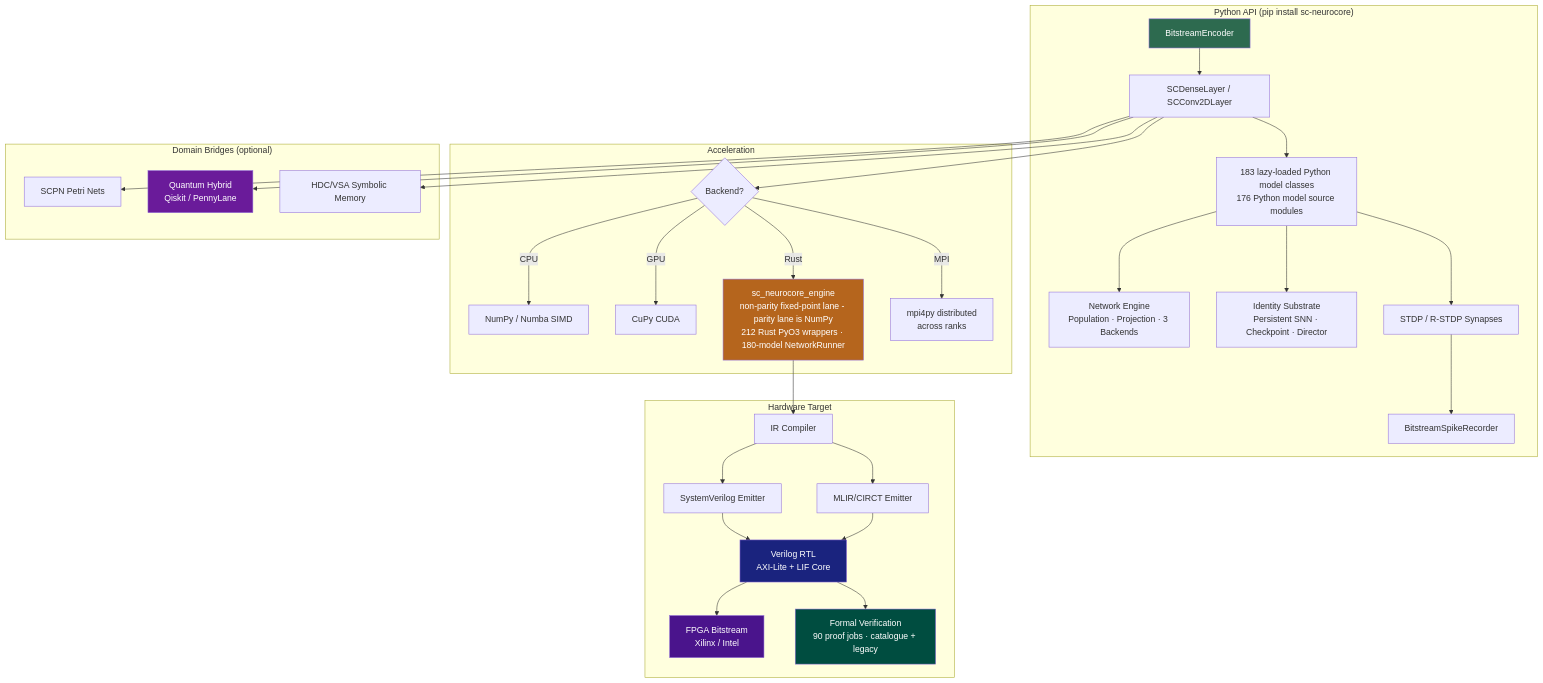
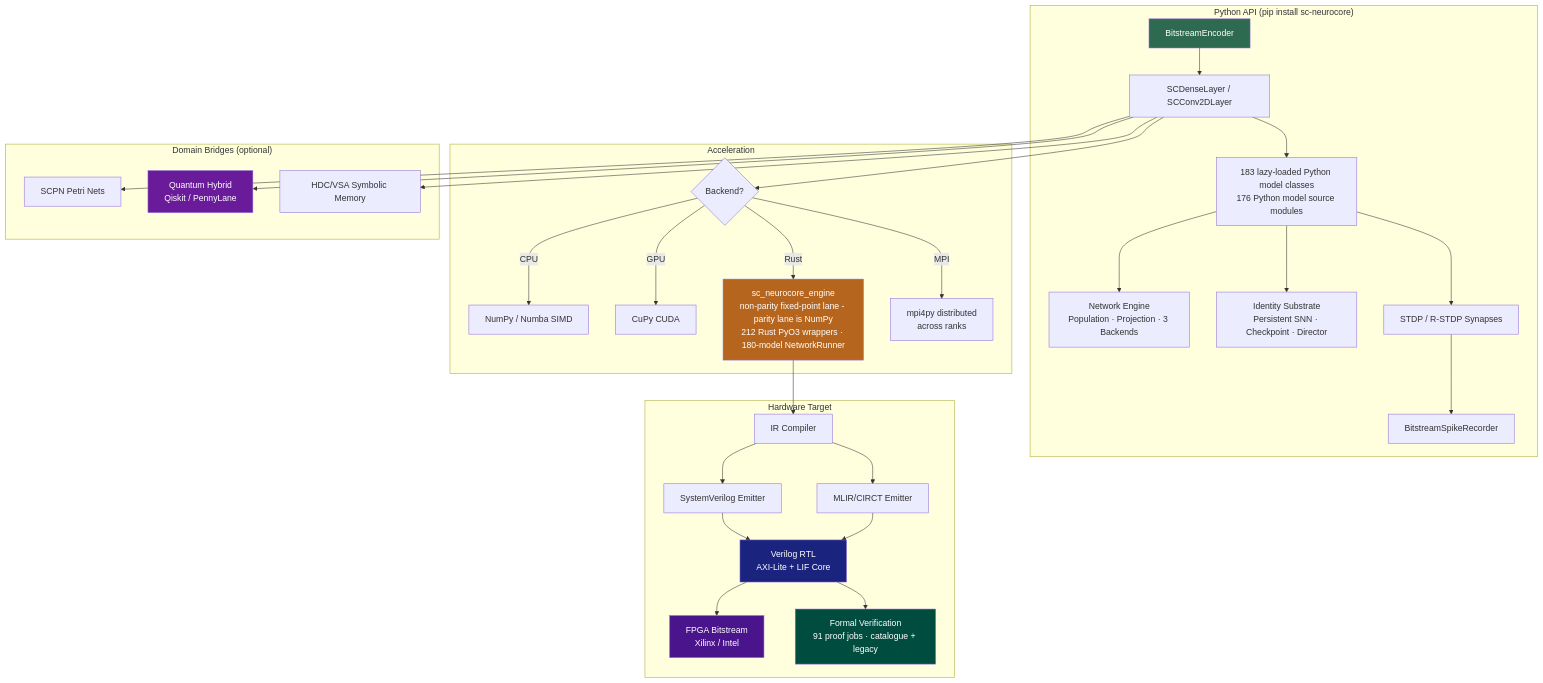
The diagram in README.md (anulum/sc-neurocore), drawn with Mermaid before and after one commit. The commit also changed other lines of this file and 25 other files, not shown here.

````diff
--- a/README.md
+++ b/README.md
@@ -466,42 +466,42 @@
 ```mermaid
 graph TD
     subgraph "Python API (pip install sc-neurocore)"
         A[BitstreamEncoder] --> B[SCDenseLayer / SCConv2DLayer]
         B --> C[183 lazy-loaded Python model classes<br/>176 Python model source modules]
         C --> NET[Network Engine<br/>Population · Projection · 3 Backends]
         C --> ID[Identity Substrate<br/>Persistent SNN · Checkpoint · Director]
         C --> D[STDP / R-STDP Synapses]
         D --> E[BitstreamSpikeRecorder]
     end
 
     subgraph "Acceleration"
         B --> F{Backend?}
         F -->|CPU| G[NumPy / Numba SIMD]
         F -->|GPU| H[CuPy CUDA]
         F -->|Rust| I[sc_neurocore_engine<br/>non-parity fixed-point lane - parity lane is NumPy<br/>212 Rust PyO3 wrappers · 180-model NetworkRunner]
         F -->|MPI| MPI[mpi4py distributed<br/>across ranks]
     end
 
     subgraph "Hardware Target"
         I --> J[IR Compiler]
         J --> K[SystemVerilog Emitter]
         J --> K2[MLIR/CIRCT Emitter]
         K --> L[Verilog RTL<br/>AXI-Lite + LIF Core]
         K2 --> L
         L --> M[FPGA Bitstream<br/>Xilinx / Intel]
-        L --> V[Formal Verification<br/>90 proof jobs · catalogue + legacy]
+        L --> V[Formal Verification<br/>91 proof jobs · catalogue + legacy]
     end
 
     subgraph "Domain Bridges (optional)"
         B --> N[SCPN Petri Nets]
         B --> O[Quantum Hybrid<br/>Qiskit / PennyLane]
         B --> P[HDC/VSA Symbolic Memory]
     end
 
     style A fill:#2d6a4f,color:#fff
     style I fill:#b5651d,color:#fff
     style L fill:#1a237e,color:#fff
     style M fill:#4a148c,color:#fff
     style O fill:#6a1b9a,color:#fff
     style V fill:#004d40,color:#fff
 ```
````
